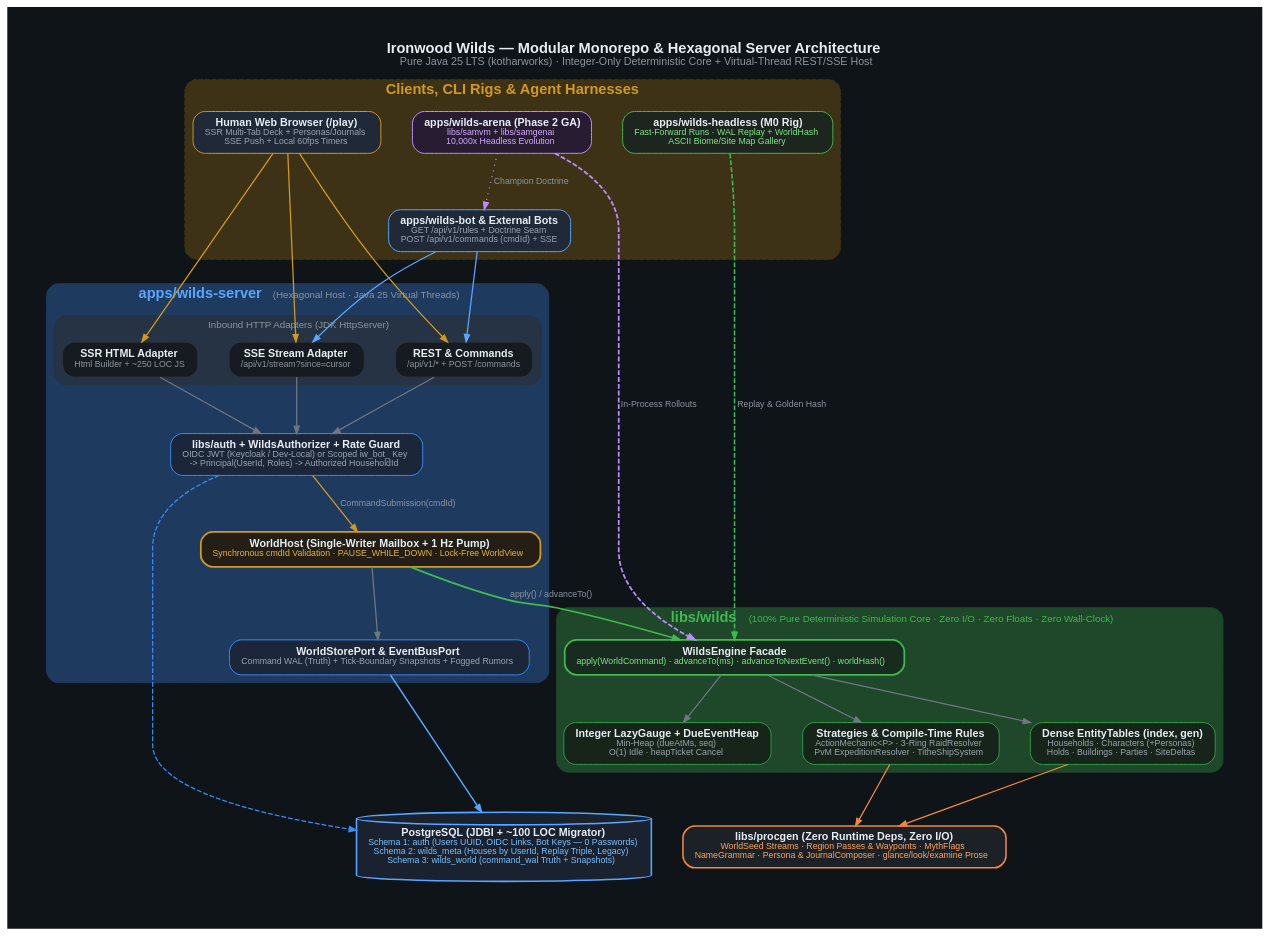
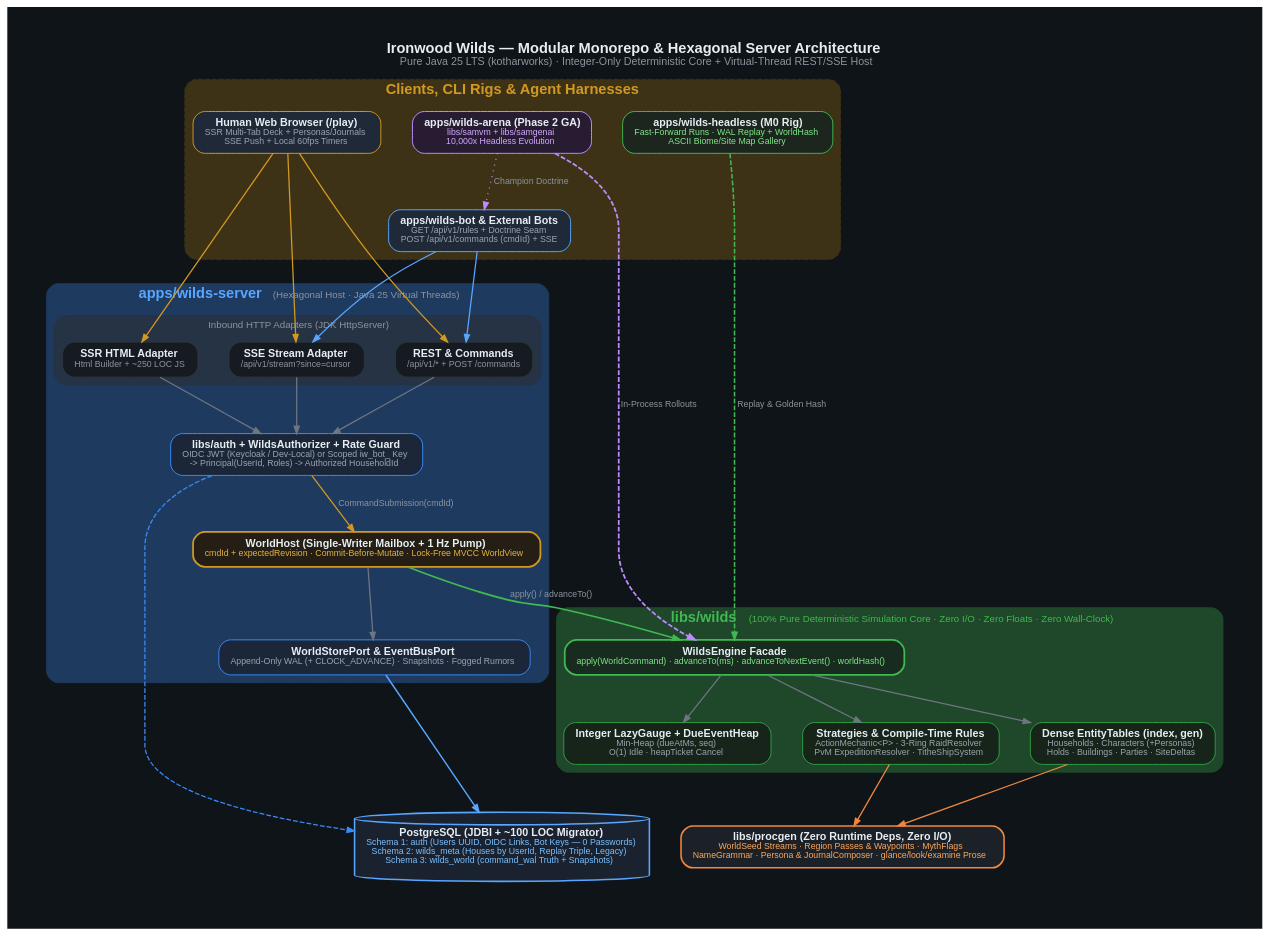
Before and after one commit to Lord-Windy/KotharWorks: the diagram in planning/ironwood_wilds_planning/diagrams/01-system-architecture.dot, drawn with Graphviz. The commit also changed 17 other files, not shown here.

```diff
--- a/planning/ironwood_wilds_planning/diagrams/01-system-architecture.dot
+++ b/planning/ironwood_wilds_planning/diagrams/01-system-architecture.dot
@@ -1,185 +1,185 @@
 digraph SystemArchitecture {
     graph [
         rankdir=TB,
         bgcolor="#0f1419",
         fontname="Liberation Sans",
         fontsize=15,
         fontcolor="#e6edf3",
         label=<<b>Ironwood Wilds — Modular Monorepo &amp; Hexagonal Server Architecture</b><br/><font point-size="11" color="#8b949e">Pure Java 25 LTS (kotharworks) · Integer-Only Deterministic Core + Virtual-Thread REST/SSE Host</font>>,
         labelloc=t,
         pad="0.45",
         nodesep="0.45",
         ranksep="0.65",
         splines=true
     ];
 
     node [
         shape=box,
         style="rounded,filled",
         fontname="Liberation Sans",
         fontsize=11,
         fillcolor="#161b22",
         color="#30363d",
         fontcolor="#e6edf3",
         margin="0.16,0.10"
     ];
 
     edge [
         fontname="Liberation Sans",
         fontsize=9,
         color="#6e7681",
         fontcolor="#8b949e",
         penwidth=1.3,
         arrowsize=0.75
     ];
 
     subgraph cluster_clients {
         label=<<b>Clients, CLI Rigs &amp; Agent Harnesses</b>>;
         fontcolor="#d29922";
         color="#3d3216";
         bgcolor="#14181f";
         style="rounded,dashed,filled";
 
         human_browser [
             fillcolor="#1f2937",
             color="#d29922",
             label=<<b>Human Web Browser (/play)</b><br/><font point-size="9" color="#9ca3af">SSR Multi-Tab Deck + Personas/Journals<br/>SSE Push + Local 60fps Timers</font>>
         ];
         rest_sse_bot [
             fillcolor="#1f2937",
             color="#58a6ff",
             label=<<b>apps/wilds-bot &amp; External Bots</b><br/><font point-size="9" color="#9ca3af">GET /api/v1/rules + Doctrine Seam<br/>POST /api/v1/commands (cmdId) + SSE</font>>
         ];
         headless_cli [
             fillcolor="#1c261e",
             color="#3fb950",
             label=<<b>apps/wilds-headless (M0 Rig)</b><br/><font point-size="9" color="#7ee787">Fast-Forward Runs · WAL Replay + WorldHash<br/>ASCII Biome/Site Map Gallery</font>>
         ];
         ga_arena [
             fillcolor="#281c33",
             color="#bc8cff",
             label=<<b>apps/wilds-arena (Phase 2 GA)</b><br/><font point-size="9" color="#d2a8ff">libs/samvm + libs/samgenai<br/>10,000x Headless Evolution</font>>
         ];
     }
 
     subgraph cluster_server {
         label=<<b>apps/wilds-server</b>  <font point-size="10" color="#8b949e">(Hexagonal Host · Java 25 Virtual Threads)</font>>;
         fontcolor="#58a6ff";
         color="#1f3a5f";
         bgcolor="#121923";
         style="rounded,filled";
 
         subgraph cluster_inbound {
             label=<Inbound HTTP Adapters (JDK HttpServer)>;
             fontcolor="#8b949e";
             fontsize=10;
             color="#263345";
             bgcolor="#16202d";
             style="rounded,filled";
 
             http_ui [label=<<b>SSR HTML Adapter</b><br/><font point-size="9" color="#8b949e">Html Builder + ~250 LOC JS</font>>];
             http_rest [label=<<b>REST &amp; Commands</b><br/><font point-size="9" color="#8b949e">/api/v1/* + POST /commands</font>>];
             sse_adapter [label=<<b>SSE Stream Adapter</b><br/><font point-size="9" color="#8b949e">/api/v1/stream?since=cursor</font>>];
         }
 
         auth_guard [
             fillcolor="#1b2738",
             color="#388bfd",
             label=<<b>libs/auth + WildsAuthorizer + Rate Guard</b><br/><font point-size="9" color="#9ca3af">OIDC JWT (Keycloak / Dev-Local) or Scoped iw_bot_ Key<br/>-&gt; Principal(UserId, Roles) -&gt; Authorized HouseholdId</font>>
         ];
 
         mailbox [
             fillcolor="#241e14",
             color="#d29922",
             penwidth=1.8,
-            label=<<b>WorldHost (Single-Writer Mailbox + 1 Hz Pump)</b><br/><font point-size="9" color="#e3b341">Synchronous cmdId Validation · PAUSE_WHILE_DOWN · Lock-Free WorldView</font>>
+            label=<<b>WorldHost (Single-Writer Mailbox + 1 Hz Pump)</b><br/><font point-size="9" color="#e3b341">cmdId + expectedRevision · Commit-Before-Mutate · Lock-Free MVCC WorldView</font>>
         ];
 
         persist_port [
             fillcolor="#1b2738",
             color="#388bfd",
-            label=<<b>WorldStorePort &amp; EventBusPort</b><br/><font point-size="9" color="#9ca3af">Command WAL (Truth) + Tick-Boundary Snapshots + Fogged Rumors</font>>
+            label=<<b>WorldStorePort &amp; EventBusPort</b><br/><font point-size="9" color="#9ca3af">Append-Only WAL (+ CLOCK_ADVANCE) · Snapshots · Fogged Rumors</font>>
         ];
     }
 
     subgraph cluster_wilds {
         label=<<b>libs/wilds</b>  <font point-size="10" color="#3fb950">(100% Pure Deterministic Simulation Core · Zero I/O · Zero Floats · Zero Wall-Clock)</font>>;
         fontcolor="#3fb950";
         color="#1f4729";
         bgcolor="#101b14";
         style="rounded,filled";
 
         engine_facade [
             fillcolor="#172b1e",
             color="#3fb950",
             penwidth=1.8,
             label=<<b>WildsEngine Facade</b><br/><font point-size="9" color="#7ee787">apply(WorldCommand) · advanceTo(ms) · advanceToNextEvent() · worldHash()</font>>
         ];
 
         world_state [
             fillcolor="#16241a",
             color="#2ea043",
             label=<<b>Dense EntityTables (index, gen)</b><br/><font point-size="9" color="#9ca3af">Households · Characters (+Personas)<br/>Holds · Buildings · Parties · SiteDeltas</font>>
         ];
 
         due_heap [
             fillcolor="#16241a",
             color="#2ea043",
             label=<<b>Integer LazyGauge + DueEventHeap</b><br/><font point-size="9" color="#9ca3af">Min-Heap (dueAtMs, seq)<br/>O(1) Idle · heapTicket Cancel</font>>
         ];
 
         strategies [
             fillcolor="#16241a",
             color="#2ea043",
             label=<<b>Strategies &amp; Compile-Time Rules</b><br/><font point-size="9" color="#9ca3af">ActionMechanic&lt;P&gt; · 3-Ring RaidResolver<br/>PvM ExpeditionResolver · TitheShipSystem</font>>
         ];
     }
 
     subgraph cluster_bottom {
         label="";
         style=invis;
 
         procgen [
             fillcolor="#1c2128",
             color="#f0883e",
             penwidth=1.6,
             label=<<b>libs/procgen (Zero Runtime Deps, Zero I/O)</b><br/><font point-size="9" color="#ffa657">WorldSeed Streams · Region Passes &amp; Waypoints · MythFlags<br/>NameGrammar · Persona &amp; JournalComposer · glance/look/examine Prose</font>>
         ];
 
         postgres [
             shape=cylinder,
             fillcolor="#1a2230",
             color="#58a6ff",
             penwidth=1.6,
             label=<<b>PostgreSQL (JDBI + ~100 LOC Migrator)</b><br/><font point-size="9" color="#79c0ff">Schema 1: auth (Users UUID, OIDC Links, Bot Keys — 0 Passwords)<br/>Schema 2: wilds_meta (Houses by UserId, Replay Triple, Legacy)<br/>Schema 3: wilds_world (command_wal Truth + Snapshots)</font>>
         ];
     }
 
     human_browser -> http_ui [color="#d29922"];
     human_browser -> http_rest [color="#d29922"];
     human_browser -> sse_adapter [color="#d29922"];
     rest_sse_bot -> http_rest [color="#58a6ff"];
     rest_sse_bot -> sse_adapter [color="#58a6ff"];
 
     http_ui -> auth_guard;
     http_rest -> auth_guard;
     sse_adapter -> auth_guard;
 
     auth_guard -> mailbox [label=" CommandSubmission(cmdId)", color="#d29922"];
     auth_guard -> postgres [style=dashed, color="#388bfd"];
 
     mailbox -> engine_facade [label=" apply() / advanceTo()", color="#3fb950", penwidth=1.8];
     mailbox -> persist_port;
     persist_port -> postgres [color="#58a6ff", penwidth=1.5];
 
     headless_cli -> engine_facade [label=" Replay &amp; Golden Hash", color="#3fb950", penwidth=1.6, style=dashed];
     ga_arena -> engine_facade [label=" In-Process Rollouts", color="#bc8cff", penwidth=1.8, style=dashed];
     ga_arena -> rest_sse_bot [label=" Champion Doctrine", color="#bc8cff", style=dotted];
 
     engine_facade -> world_state;
     engine_facade -> due_heap;
     engine_facade -> strategies;
 
     world_state -> procgen [color="#f0883e"];
     strategies -> procgen [color="#f0883e"];
 }
```
